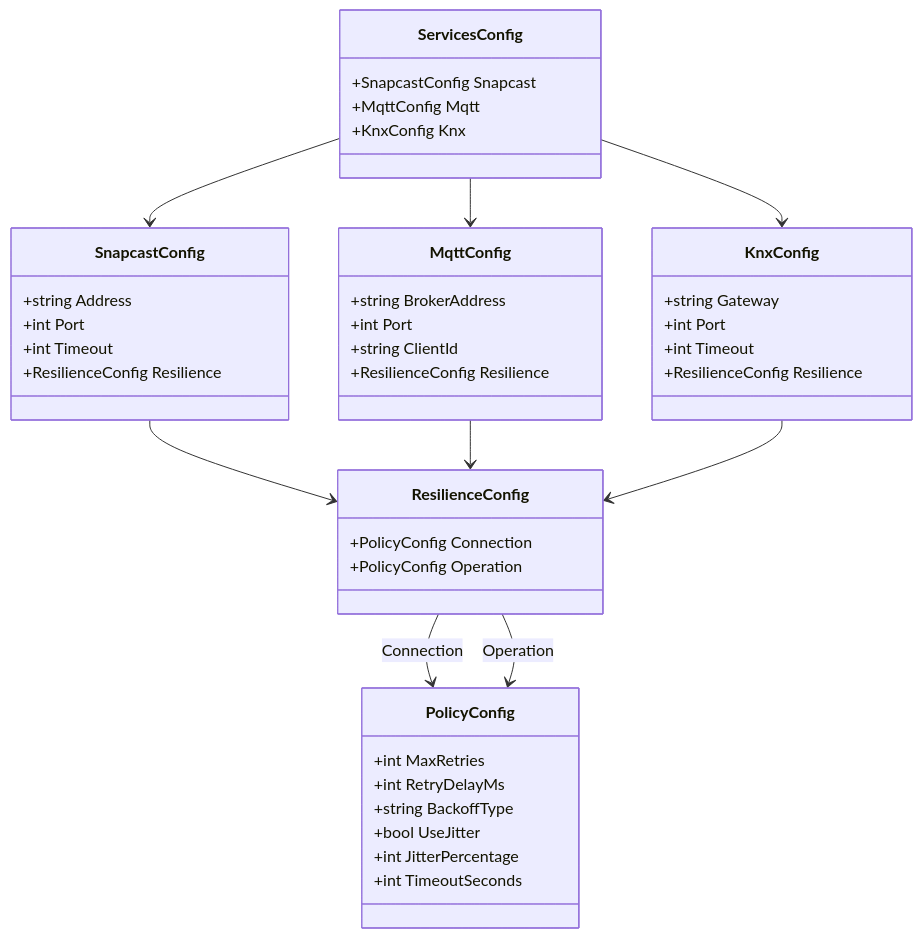
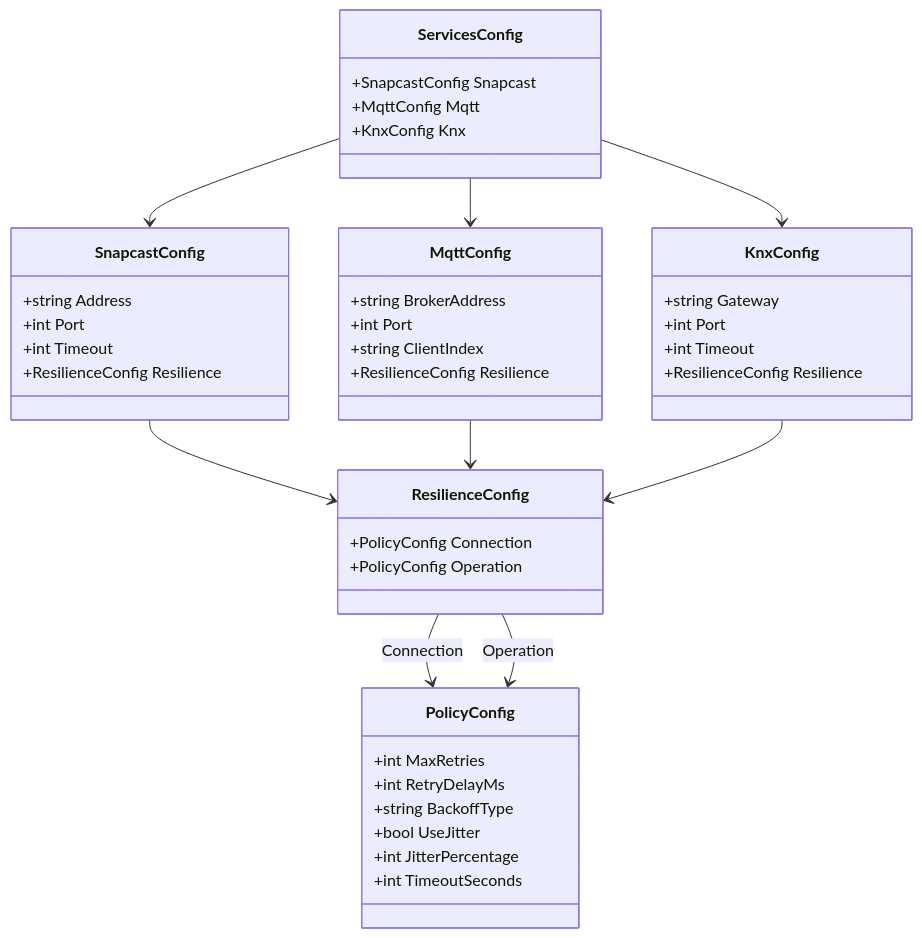
Before and after one commit to metaneutrons/snapdog2: the diagram in docs/blueprint/06-resilience-configuration.md, drawn with Mermaid. The commit also changed other lines of this file and 26 other files, not shown here.

````diff
--- a/docs/blueprint/06-resilience-configuration.md
+++ b/docs/blueprint/06-resilience-configuration.md
@@ -13,52 +13,52 @@
 ```mermaid
 classDiagram
     class ResilienceConfig {
         +PolicyConfig Connection
         +PolicyConfig Operation
     }
 
     class PolicyConfig {
         +int MaxRetries
         +int RetryDelayMs
         +string BackoffType
         +bool UseJitter
         +int JitterPercentage
         +int TimeoutSeconds
     }
 
     class ServicesConfig {
         +SnapcastConfig Snapcast
         +MqttConfig Mqtt
         +KnxConfig Knx
     }
 
     class SnapcastConfig {
         +string Address
         +int Port
         +int Timeout
         +ResilienceConfig Resilience
     }
 
     class MqttConfig {
         +string BrokerAddress
         +int Port
-        +string ClientId
+        +string ClientIndex
         +ResilienceConfig Resilience
     }
 
     class KnxConfig {
         +string Gateway
         +int Port
         +int Timeout
         +ResilienceConfig Resilience
     }
 
     ServicesConfig --> SnapcastConfig
     ServicesConfig --> MqttConfig
     ServicesConfig --> KnxConfig
     SnapcastConfig --> ResilienceConfig
     MqttConfig --> ResilienceConfig
     KnxConfig --> ResilienceConfig
     ResilienceConfig --> PolicyConfig : Connection
     ResilienceConfig --> PolicyConfig : Operation
 ```
````
